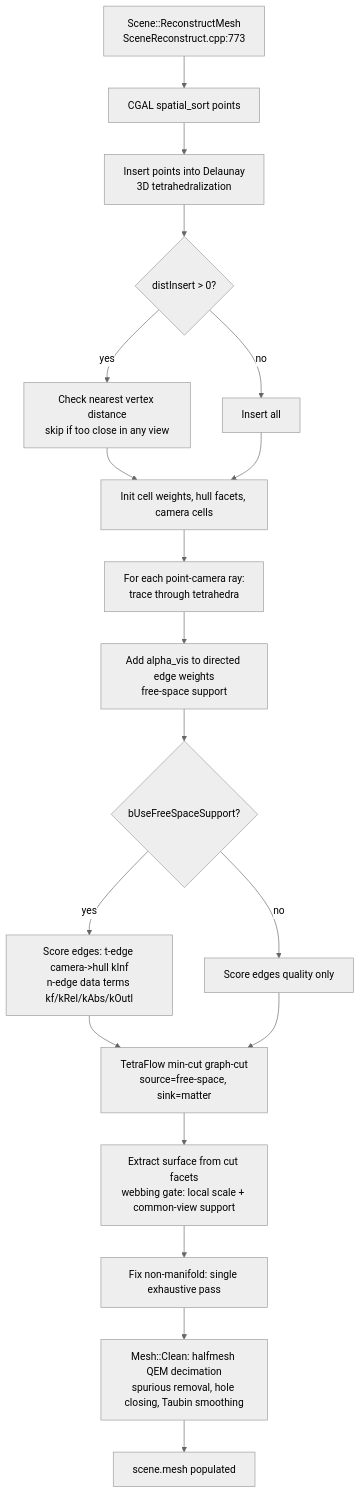
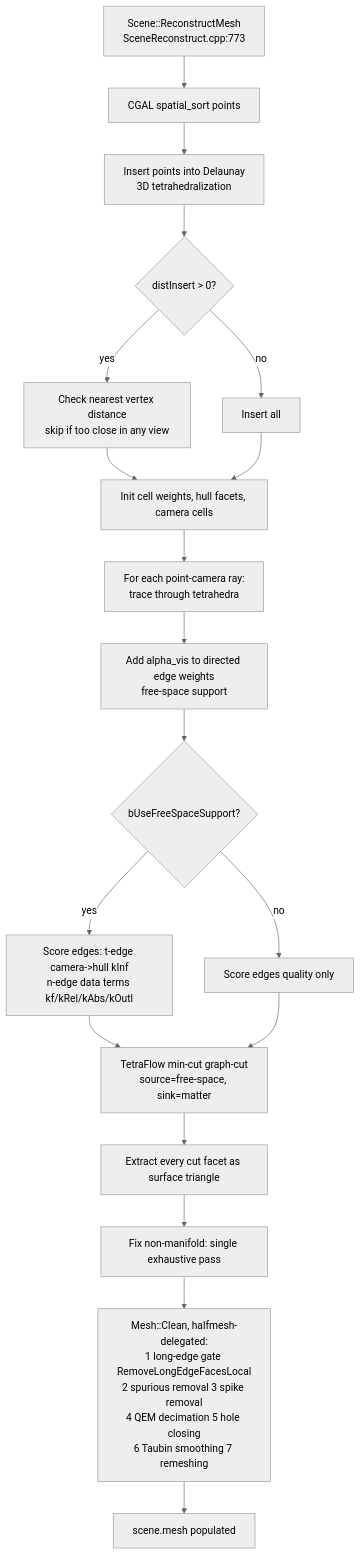
The seventh of 10 diagrams in docs/pipelines.md (cdcseacave/openMVS), drawn with Mermaid (neutral theme) before and after one commit. The commit also changed other lines of this file and 10 other files, not shown here.

````diff
--- a/docs/pipelines.md
+++ b/docs/pipelines.md
@@ -541,21 +541,21 @@
 ```mermaid
 graph TD
     A[Scene::ReconstructMesh<br/>SceneReconstruct.cpp:773] --> B[CGAL spatial_sort points]
     B --> C[Insert points into Delaunay<br/>3D tetrahedralization]
     C --> C1{distInsert > 0?}
     C1 -->|yes| C2[Check nearest vertex distance<br/>skip if too close in any view]
     C1 -->|no| C3[Insert all]
     C2 --> D
     C3 --> D[Init cell weights, hull facets, camera cells]
     D --> E[For each point-camera ray:<br/>trace through tetrahedra]
     E --> E1[Add alpha_vis to directed edge weights<br/>free-space support]
     E1 --> F{bUseFreeSpaceSupport?}
     F -->|yes| G[Score edges: t-edge camera->hull kInf<br/>n-edge data terms kf/kRel/kAbs/kOutl]
     F -->|no| H[Score edges quality only]
     G --> I[TetraFlow min-cut graph-cut<br/>source=free-space, sink=matter]
     H --> I
-    I --> J[Extract surface from cut facets<br/>webbing gate: local scale + common-view support]
+    I --> J[Extract every cut facet as surface triangle]
     J --> K[Fix non-manifold: single exhaustive pass]
-    K --> L[Mesh::Clean: halfmesh QEM decimation<br/>spurious removal, hole closing, Taubin smoothing]
+    K --> L[Mesh::Clean, halfmesh-delegated:<br/>1 long-edge gate RemoveLongEdgeFacesLocal<br/>2 spurious removal 3 spike removal<br/>4 QEM decimation 5 hole closing<br/>6 Taubin smoothing 7 remeshing]
     L --> M[scene.mesh populated]
 ```
````
